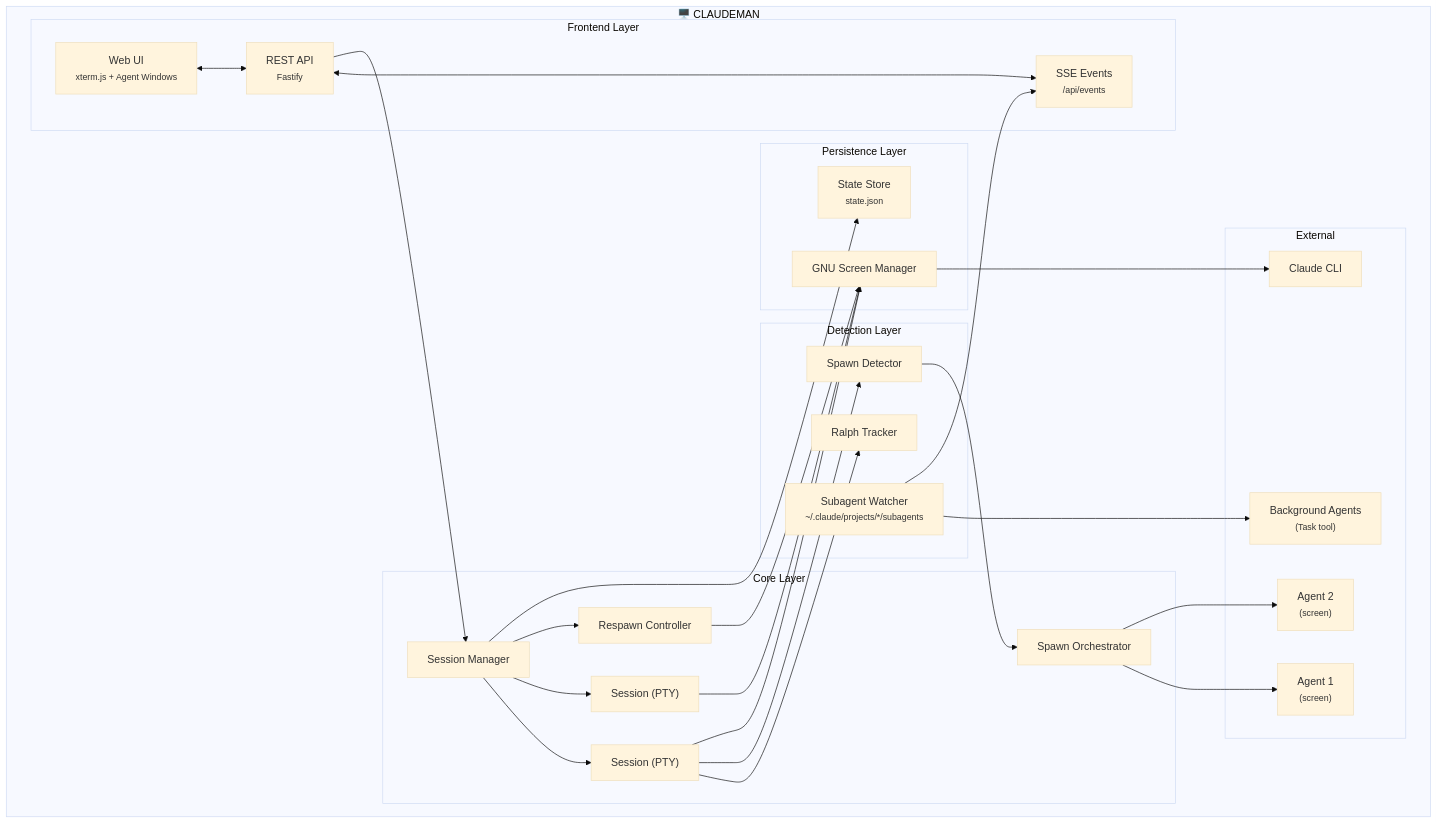
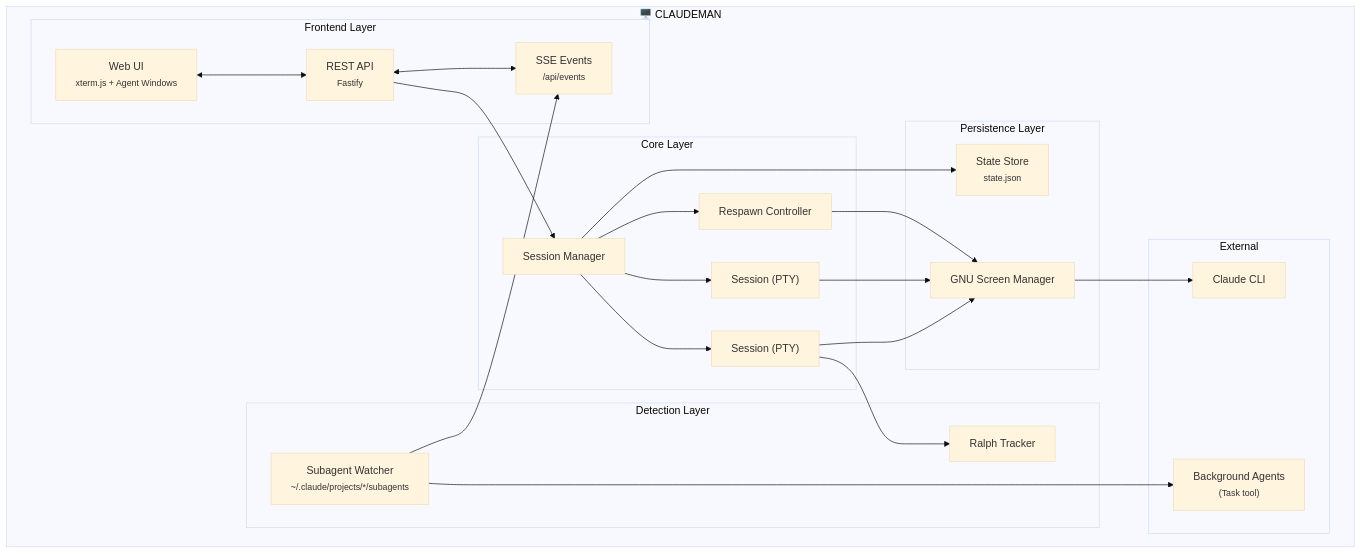
Before and after one commit to SGudbrandsson/Codeman: the diagram in README.md, drawn with Mermaid (base theme). The commit also changed other lines of this file and 13 other files, not shown here.

````diff
--- a/README.md
+++ b/README.md
@@ -384,55 +337,47 @@
 ```mermaid
 flowchart TB
     subgraph Claudeman["🖥️ CLAUDEMAN"]
         subgraph Frontend["Frontend Layer"]
             UI["Web UI<br/><small>xterm.js + Agent Windows</small>"]
             API["REST API<br/><small>Fastify</small>"]
             SSE["SSE Events<br/><small>/api/events</small>"]
         end
 
         subgraph Core["Core Layer"]
             SM["Session Manager"]
             S1["Session (PTY)"]
             S2["Session (PTY)"]
             RC["Respawn Controller"]
-            SO["Spawn Orchestrator"]
         end
 
         subgraph Detection["Detection Layer"]
             RT["Ralph Tracker"]
-            SD["Spawn Detector"]
             SW["Subagent Watcher<br/><small>~/.claude/projects/*/subagents</small>"]
         end
 
         subgraph Persistence["Persistence Layer"]
             SCR["GNU Screen Manager"]
             SS["State Store<br/><small>state.json</small>"]
         end
 
         subgraph External["External"]
             CLI["Claude CLI"]
-            A1["Agent 1<br/><small>(screen)</small>"]
-            A2["Agent 2<br/><small>(screen)</small>"]
             BG["Background Agents<br/><small>(Task tool)</small>"]
         end
     end
 
     UI <--> API
     API <--> SSE
     API --> SM
     SM --> S1
     SM --> S2
     SM --> RC
     SM --> SS
     S1 --> RT
-    S1 --> SD
-    SD --> SO
-    SO --> A1
-    SO --> A2
     S1 --> SCR
     S2 --> SCR
     RC --> SCR
     SCR --> CLI
     SW --> BG
     SW --> SSE
 ```
````
